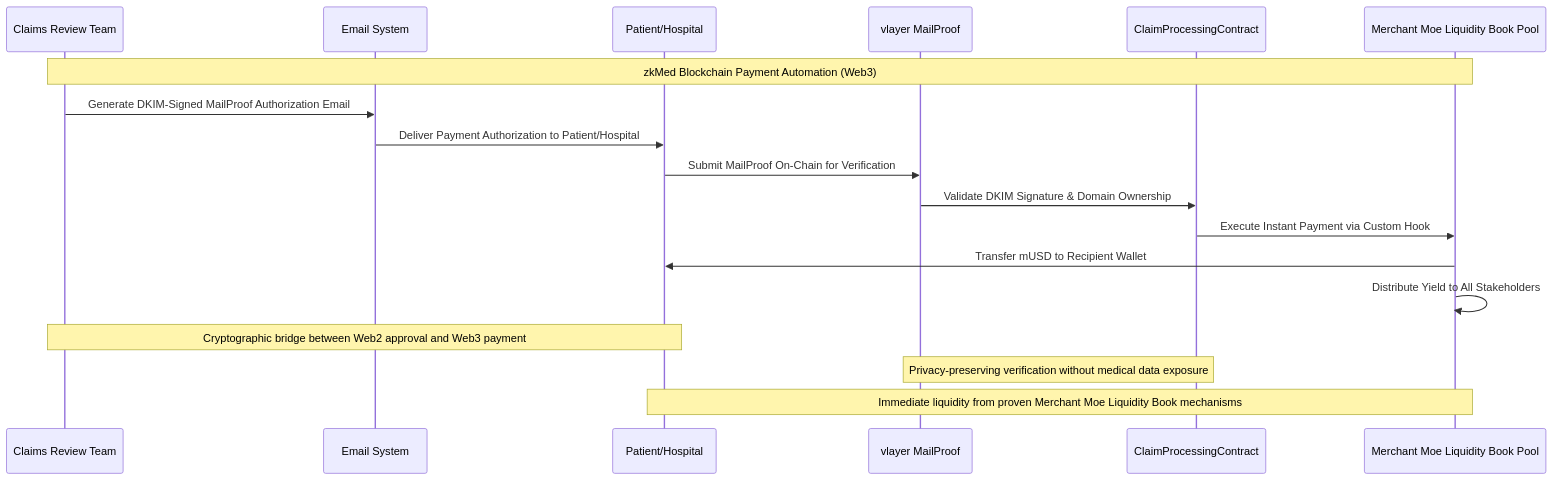
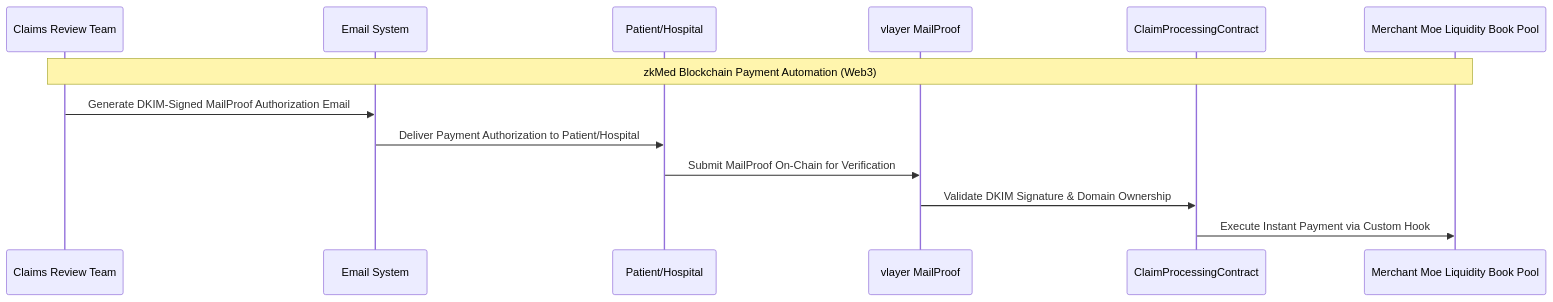
The fourth of 4 diagrams in memory-bank/activeContext.md (ppezzull/zkMed), drawn with Mermaid before and after one commit. The commit also changed other lines of this file and 10 other files, not shown here.

````diff
--- a/memory-bank/activeContext.md
+++ b/memory-bank/activeContext.md
@@ -186,22 +189,16 @@
 ```mermaid
 sequenceDiagram
     participant Review as Claims Review Team
     participant E as Email System
     participant P as Patient/Hospital
     participant V as vlayer MailProof
     participant C as ClaimProcessingContract
     participant LB as Merchant Moe Liquidity Book Pool
 
     Note over Review,LB: zkMed Blockchain Payment Automation (Web3)
     Review->>E: Generate DKIM-Signed MailProof Authorization Email
     E->>P: Deliver Payment Authorization to Patient/Hospital
     P->>V: Submit MailProof On-Chain for Verification
     V->>C: Validate DKIM Signature & Domain Ownership
     C->>LB: Execute Instant Payment via Custom Hook
-    LB->>P: Transfer mUSD to Recipient Wallet
-    LB->>LB: Distribute Yield to All Stakeholders
-    
-    Note over Review,P: Cryptographic bridge between Web2 approval and Web3 payment
-    Note over V,C: Privacy-preserving verification without medical data exposure
-    Note over LB,P: Immediate liquidity from proven Merchant Moe Liquidity Book mechanisms
 ```
````
